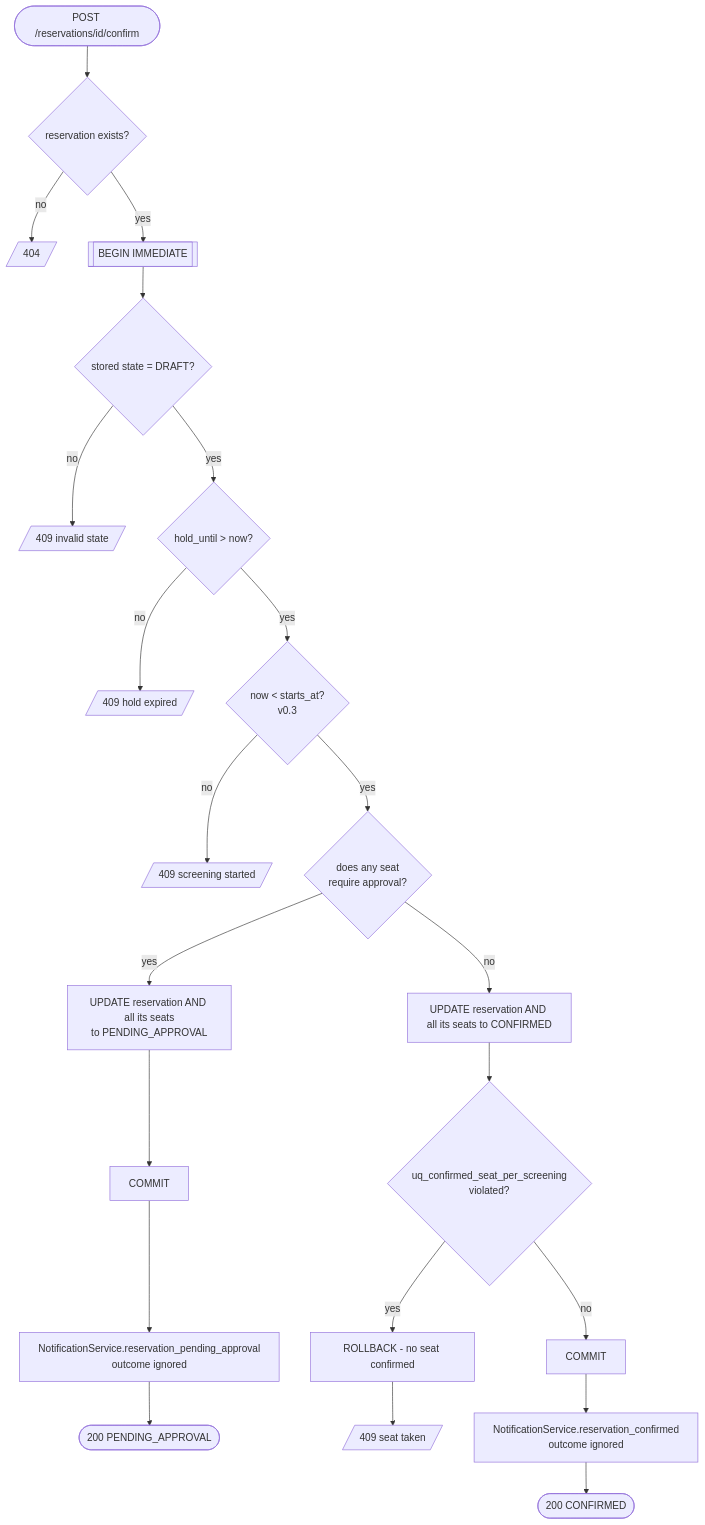
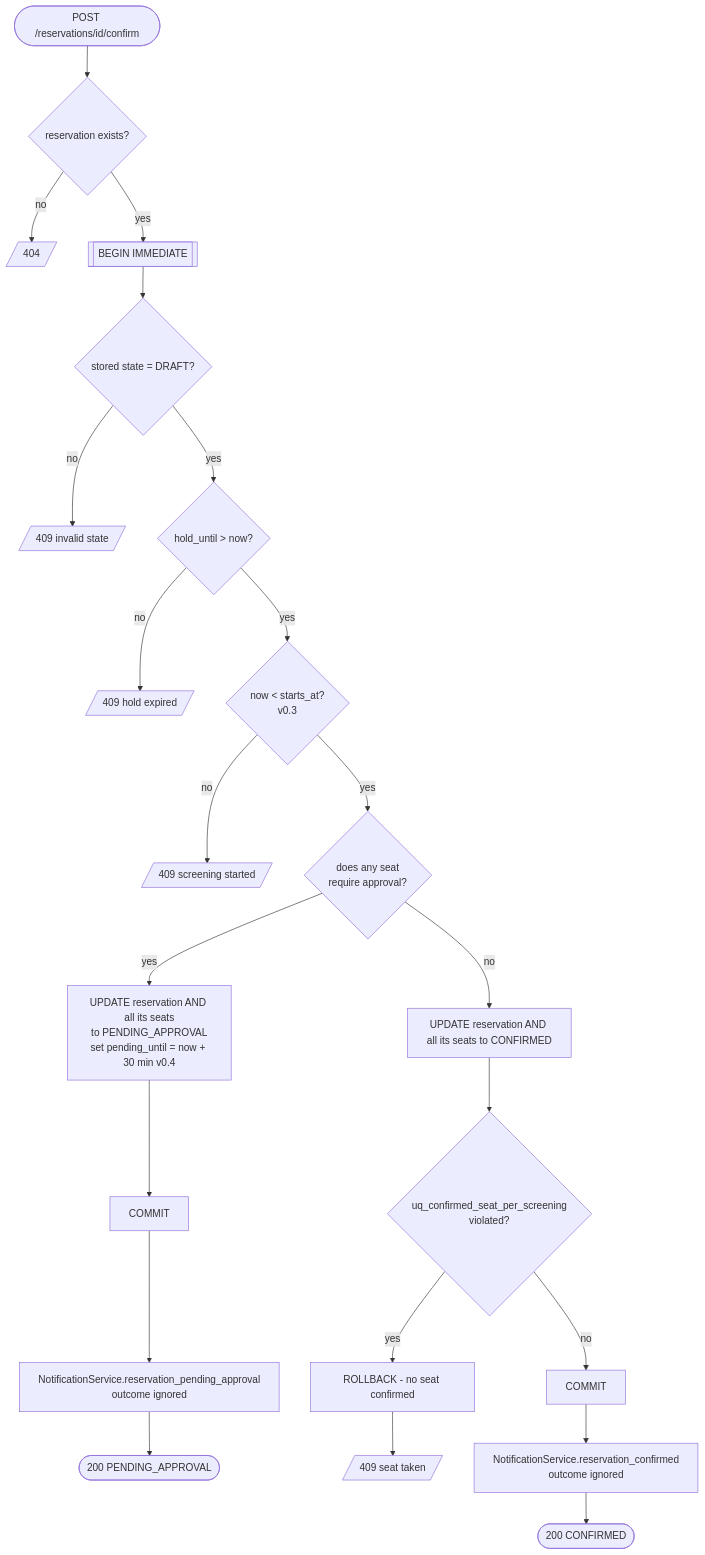
One commit to SerpentSide/SWI_Projekt changed the fifth of 7 diagrams in docs/diagrams.md. Above: the diagram before and after it, drawn with Mermaid. The commit also changed other lines of this file and 12 other files, not shown here.

````diff
--- a/docs/diagrams.md
+++ b/docs/diagrams.md
@@ -153,24 +165,24 @@
 ```mermaid
 flowchart TD
     start([POST /reservations/id/confirm]) --> r{reservation exists?}
     r -- no --> e404[/404/]
     r -- yes --> tx[[BEGIN IMMEDIATE]]
     tx --> d{stored state = DRAFT?}
     d -- no --> e409a[/409 invalid state/]
     d -- yes --> hold{hold_until > now?}
     hold -- no --> e409b[/409 hold expired/]
     hold -- yes --> st{now < starts_at?<br/>v0.3}
     st -- no --> e409d[/409 screening started/]
     st -- yes --> ap{does any seat<br/>require approval?}
-    ap -- yes --> pend[UPDATE reservation AND all its seats<br/>to PENDING_APPROVAL]
+    ap -- yes --> pend[UPDATE reservation AND all its seats<br/>to PENDING_APPROVAL<br/>set pending_until = now + 30 min v0.4]
     pend --> commitp[COMMIT]
     commitp --> notifyp[NotificationService.reservation_pending_approval<br/>outcome ignored]
     notifyp --> okp([200 PENDING_APPROVAL])
     ap -- no --> upd[UPDATE reservation AND all its seats to CONFIRMED]
     upd --> uq{uq_confirmed_seat_per_screening<br/>violated?}
     uq -- yes --> rb[ROLLBACK - no seat confirmed]
     rb --> e409c[/409 seat taken/]
     uq -- no --> commit[COMMIT]
     commit --> notify[NotificationService.reservation_confirmed<br/>outcome ignored]
     notify --> ok([200 CONFIRMED])
 ```
````
